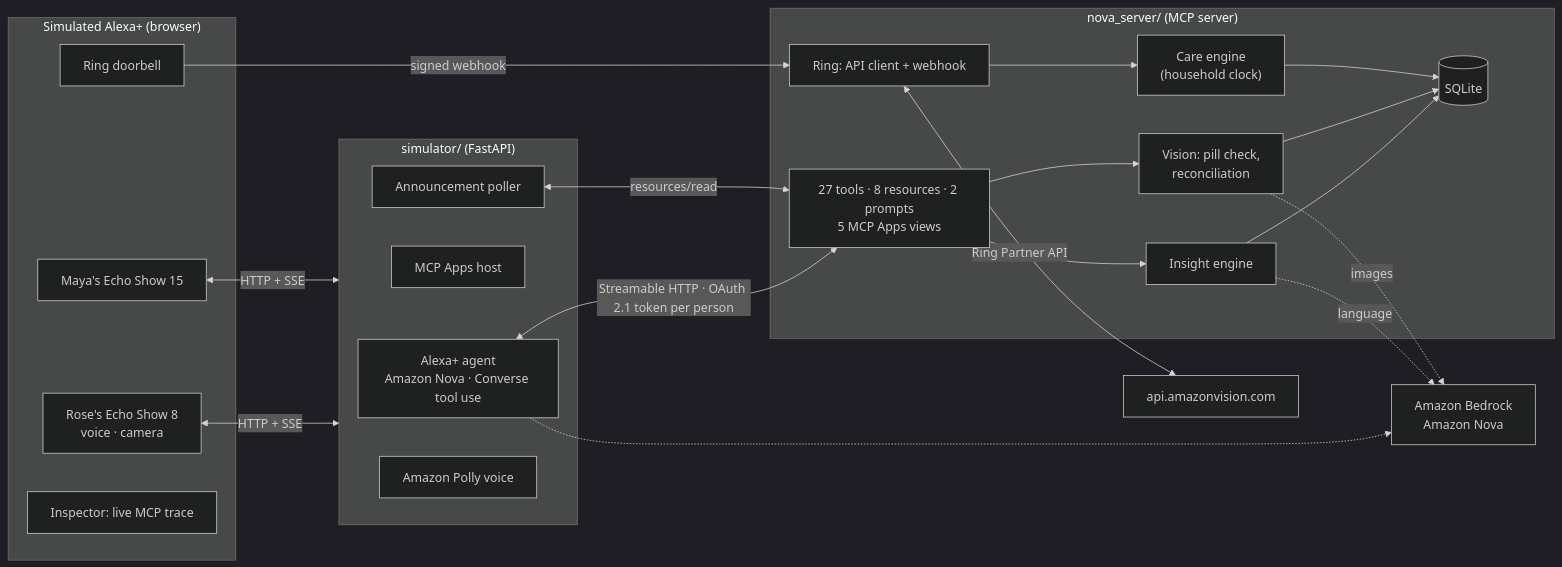
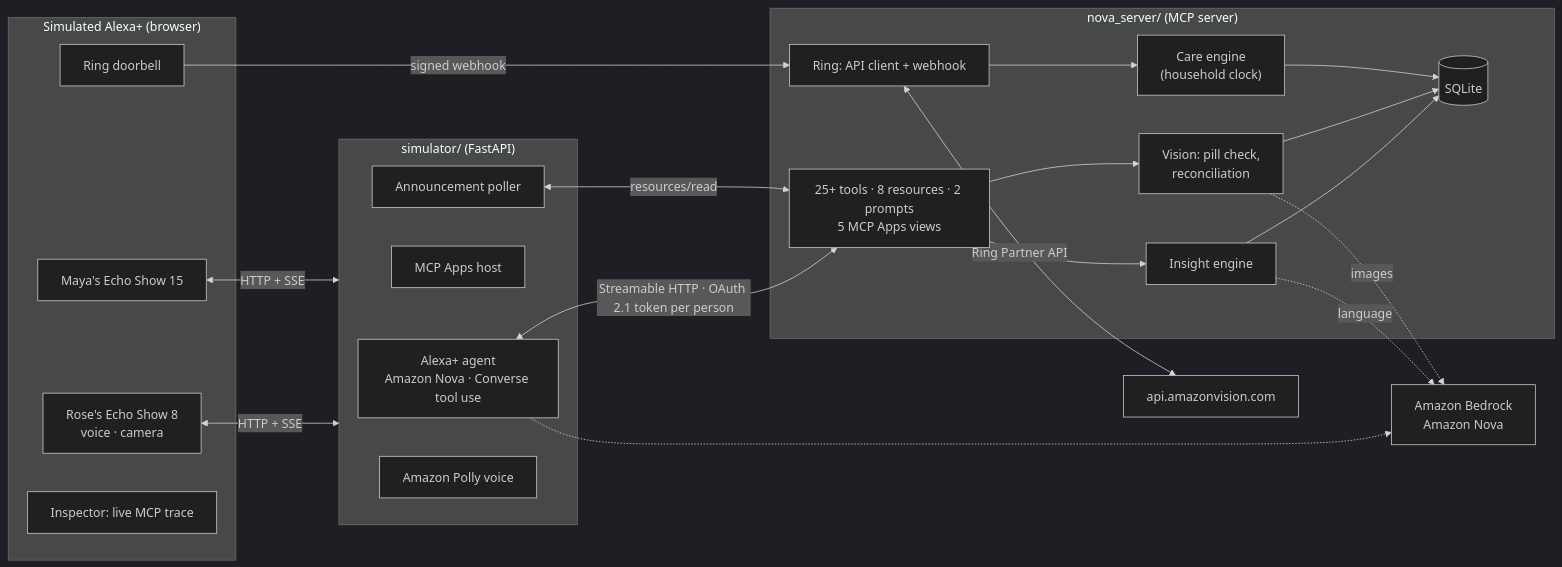
Before and after one commit to Dakshhhhh-ops/nova: the diagram in README.md, drawn with Mermaid (dark theme). The commit also changed other lines of this file and 1 other file, not shown here.

Commit message:
README: tool count as 25+, matching the video

````diff
--- a/README.md
+++ b/README.md
@@ -115,34 +115,34 @@
 ```mermaid
 flowchart LR
   subgraph Browser["Simulated Alexa+ (browser)"]
     R["Rose's Echo Show 8<br/>voice · camera"]
     D["Ring doorbell"]
     M["Maya's Echo Show 15"]
     I["Inspector: live MCP trace"]
   end
   subgraph Sim["simulator/ (FastAPI)"]
     A["Alexa+ agent<br/>Amazon Nova · Converse tool use"]
     H["MCP Apps host"]
     P["Announcement poller"]
     V["Amazon Polly voice"]
   end
   subgraph Nova["nova_server/ (MCP server)"]
-    T["27 tools · 8 resources · 2 prompts<br/>5 MCP Apps views"]
+    T["25+ tools · 8 resources · 2 prompts<br/>5 MCP Apps views"]
     E["Care engine<br/>(household clock)"]
     X["Insight engine"]
     S["Vision: pill check,<br/>reconciliation"]
     G["Ring: API client + webhook"]
     DB[("SQLite")]
   end
   R & M <-->|HTTP + SSE| Sim
   A <-->|"Streamable HTTP · OAuth 2.1 token per person"| T
   P <-->|resources/read| T
   D -->|signed webhook| G
   G <-->|Ring Partner API| RING["api.amazonvision.com"]
   T --> X & S --> DB
   E --> DB
   G --> E
   X -.->|language| BR["Amazon Bedrock<br/>Amazon Nova"]
   S -.->|images| BR
   A -.-> BR
 ```
````
